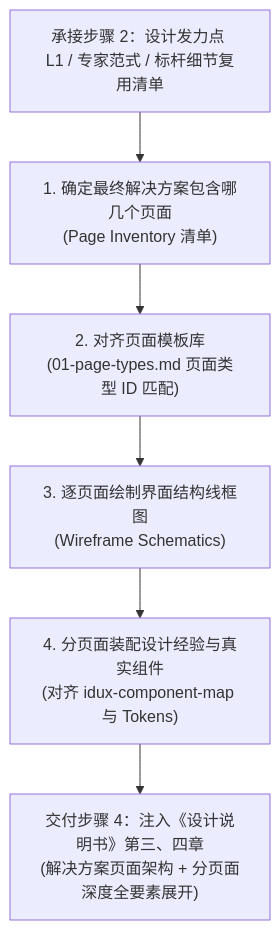
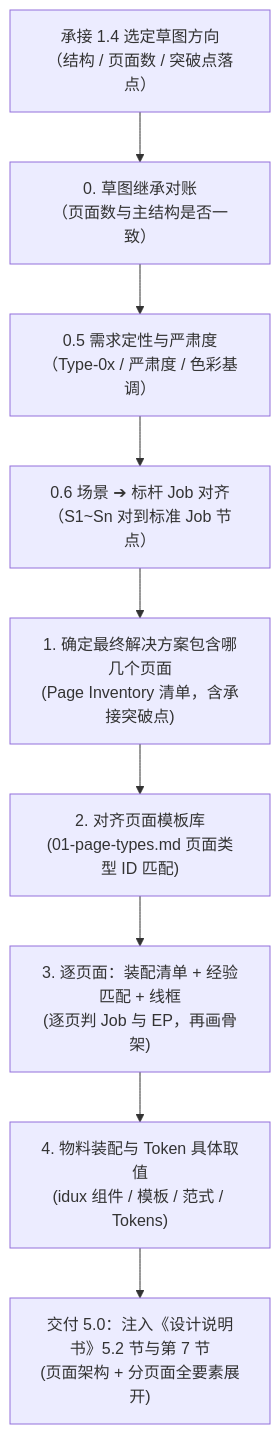
One commit to wangjue2026/skill-designer-prism changed the diagram in 01-system-solution-design/④布局与结构/4.1-业务页面框架选型指引.md. Above: the diagram before and after it, drawn with Mermaid. The commit also changed other lines of this file and 37 other files, not shown here.

First line of the commit message:
docs(design-flow): 收敛 1.1/1.2 指南，新增 1.3/1.4 并同步说明书模板与样例

````diff
--- a/01-system-solution-design/④布局与结构/4.1-业务页面框架选型指引.md
+++ b/01-system-solution-design/④布局与结构/4.1-业务页面框架选型指引.md
@@ -15,9 +15,12 @@
 ```mermaid
 graph TD
-    Step2["承接步骤 2：设计发力点 L1 / 专家范式 / 标杆细节复用清单"] --> S4_1["1. 确定最终解决方案包含哪几个页面<br>(Page Inventory 清单)"]
+    Sketch["承接 1.4 选定草图方向<br>（结构 / 页面数 / 突破点落点）"] --> Recon["0. 草图继承对账<br>（页面数与主结构是否一致）"]
+    Recon --> Qual["0.5 需求定性与严肃度<br>（Type-0x / 严肃度 / 色彩基调）"]
+    Qual --> JobMap["0.6 场景 ➔ 标杆 Job 对齐<br>（S1~Sn 对到标准 Job 节点）"]
+    JobMap --> S4_1["1. 确定最终解决方案包含哪几个页面<br>(Page Inventory 清单，含承接突破点)"]
     S4_1 --> S4_2["2. 对齐页面模板库<br>(01-page-types.md 页面类型 ID 匹配)"]
-    S4_2 --> S4_3["3. 逐页面绘制界面结构线框图<br>(Wireframe Schematics)"]
-    S4_3 --> S4_4["4. 分页面装配设计经验与真实组件<br>(对齐 idux-component-map 与 Tokens)"]
-    
-    S4_4 --> Deliverable["交付步骤 4：注入《设计说明书》第三、四章<br>(解决方案页面架构 + 分页面深度全要素展开)"]
+    S4_2 --> S4_3["3. 逐页面：装配清单 + 经验匹配 + 线框<br>(逐页判 Job 与 EP，再画骨架)"]
+    S4_3 --> S4_4["4. 物料装配与 Token 具体取值<br>(idux 组件 / 模板 / 范式 / Tokens)"]
+
+    S4_4 --> Deliverable["交付 5.0：注入《设计说明书》5.2 节与第 7 节<br>(页面架构 + 分页面全要素展开)"]
 ```
````
